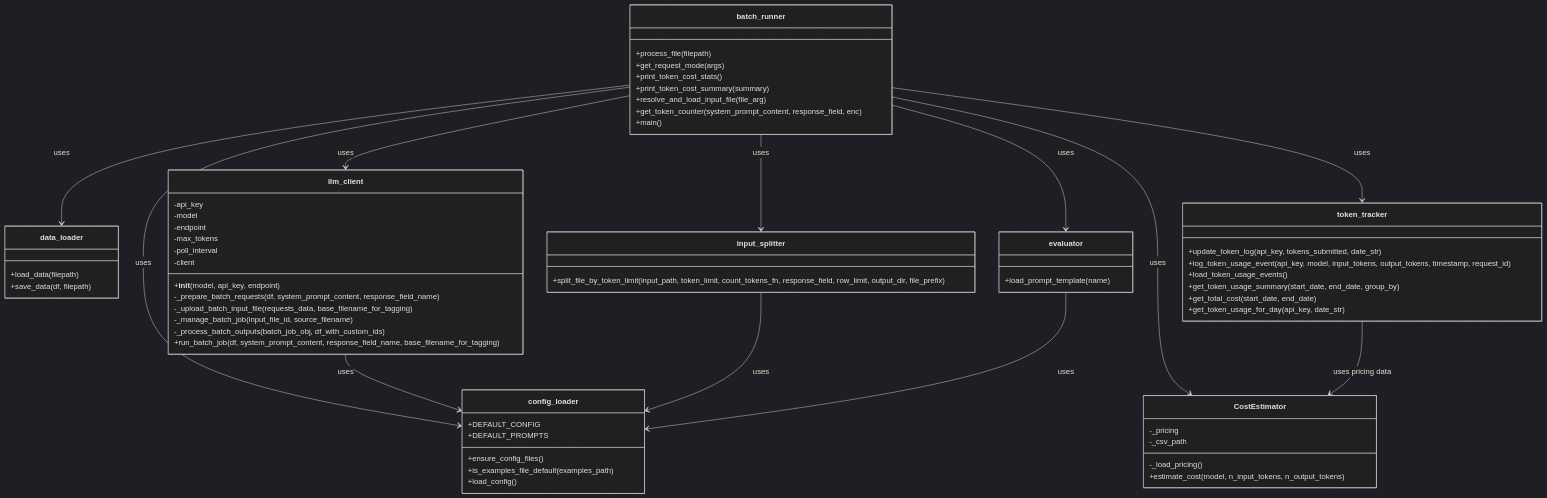
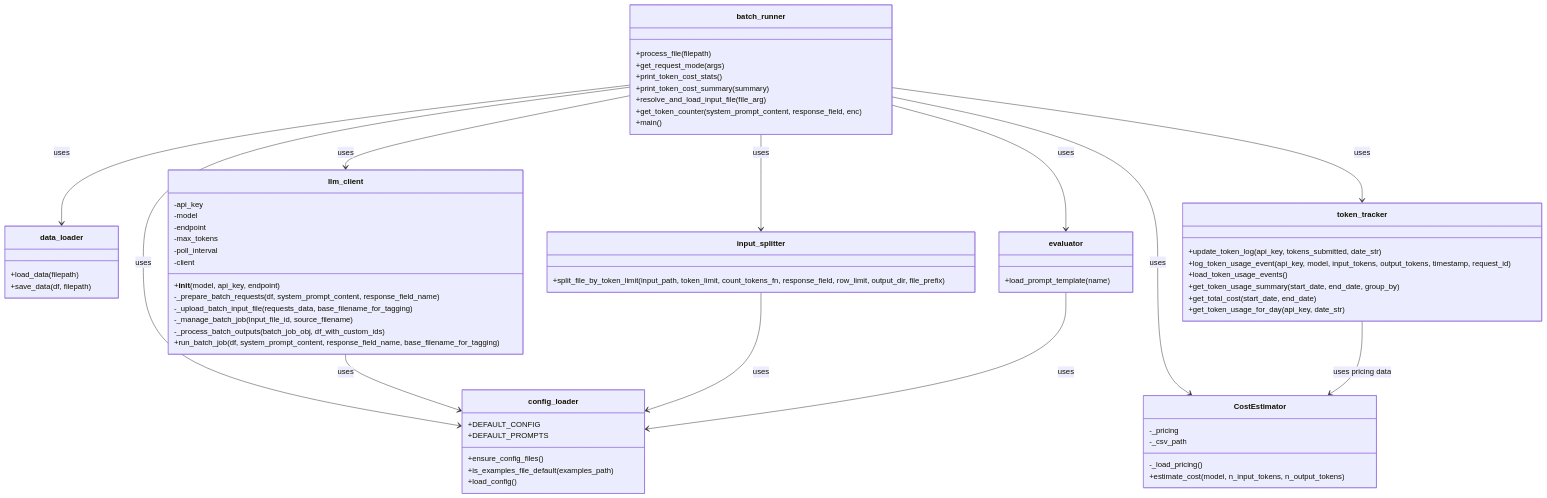
Before and after one commit to afunyun/BatchGrader: the first of 3 diagrams in docs/application_flow.md, drawn with Mermaid.

````diff
--- a/docs/application_flow.md
+++ b/docs/application_flow.md
@@ -7,5 +7,12 @@
 ```mermaid
-%%{init: { 'theme': 'dark' } }%%
+%%{init: { 'theme': 'dark', 'themeVariables': {
+      'background': '#0d1117',
+      'primaryColor': '#21262d',      /* Background of the class boxes */
+      'primaryTextColor': '#c9d1d9', /* Text color inside class boxes */
+      'primaryBorderColor': '#8b949e',/* Border of the class boxes */
+      'lineColor': '#8b949e',        /* Arrow and line color */
+      'textColor': '#c9d1d9'         /* General text color (e.g., for 'uses' labels) */
+}}}%%
 classDiagram
     class batch_runner {
         +process_file(filepath)
````
